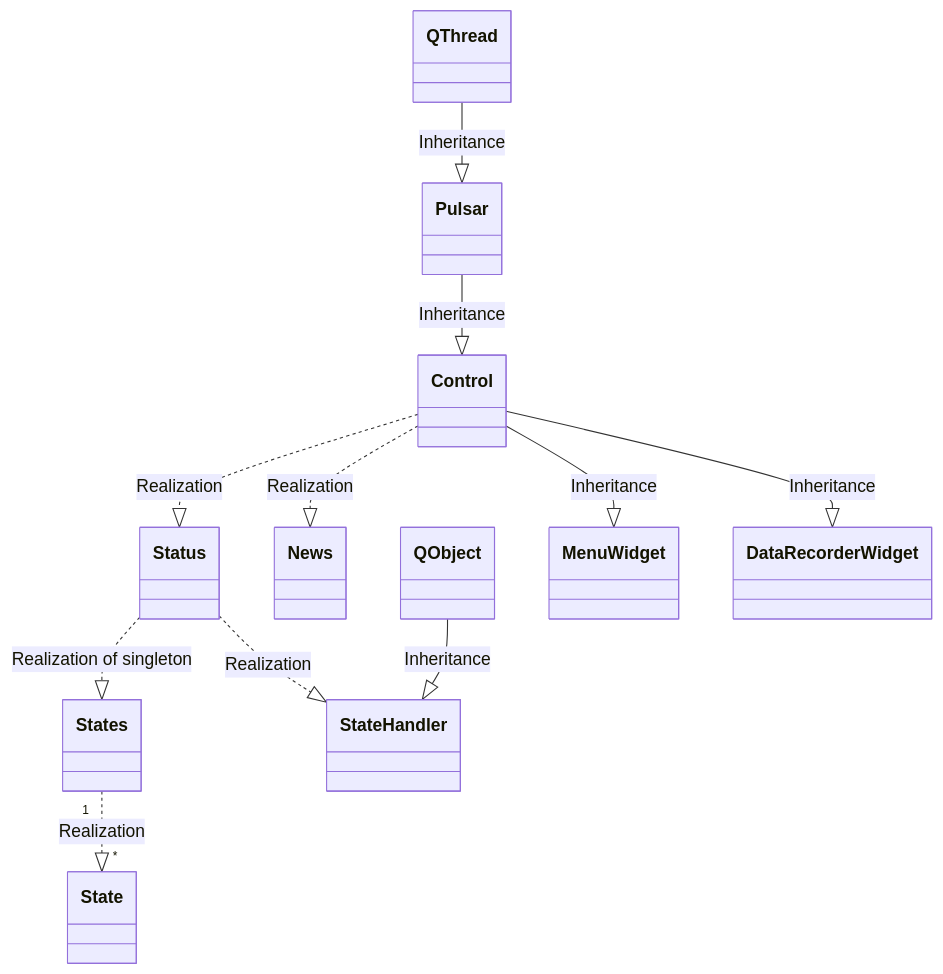
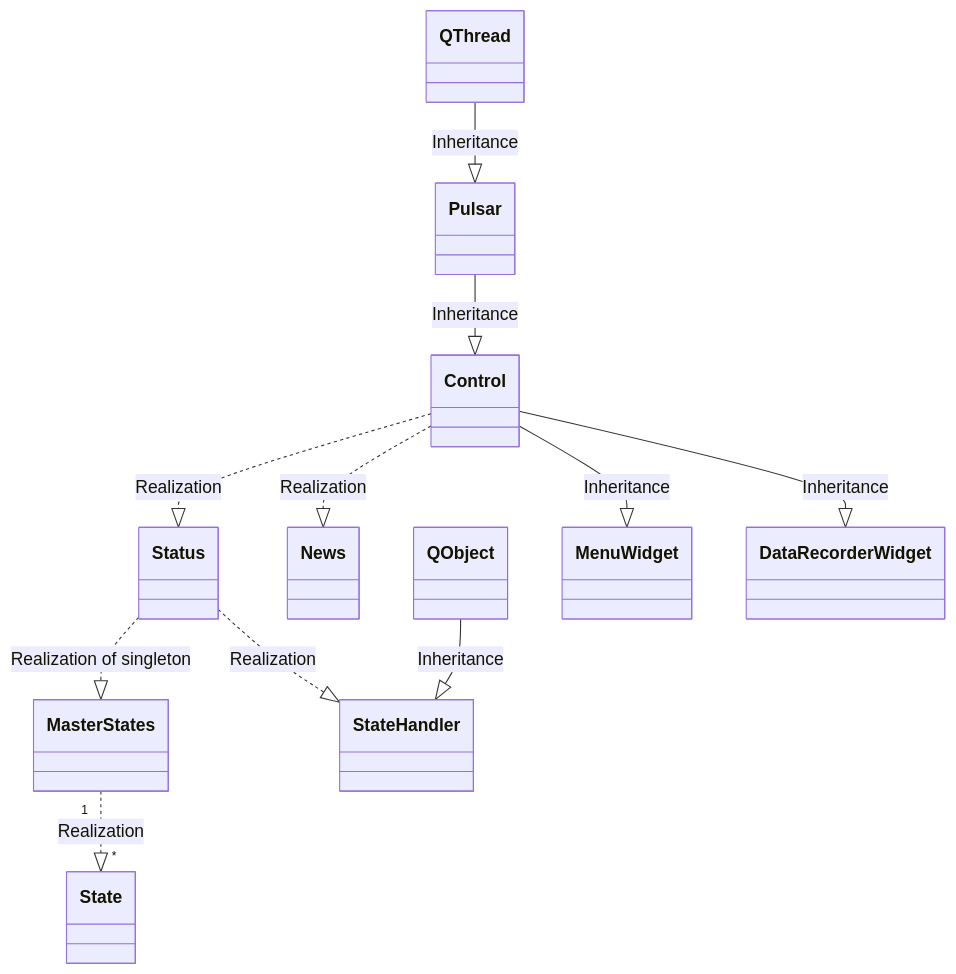
The diagram in README.md (tud-hri/joan), drawn with Mermaid before and after one commit. The commit also changed other lines of this file and 11 other files, not shown here.

````diff
--- a/README.md
+++ b/README.md
@@ -29,24 +29,24 @@
 ```mermaid
     classDiagram
         class Status
         class News
         class State
-        class States
+        class MasterStates
         class StateHandler
         class Pulsar
         class QObject
         class QThread
         class MenuWidget
         class DataRecorderWidget
 
-        States "1" ..|> "*" State : Realization
-        Status ..|> States : Realization of singleton
+        MasterStates "1" ..|> "*" State : Realization
+        Status ..|> MasterStates : Realization of singleton
         Status ..|> StateHandler : Realization
         QObject --|> StateHandler : Inheritance
         QThread --|> Pulsar : Inheritance
         Pulsar --|> Control : Inheritance
         Control ..|> Status : Realization
         Control ..|> News : Realization
         Control --|> MenuWidget : Inheritance
         Control  --|> DataRecorderWidget : Inheritance
 ```
````
